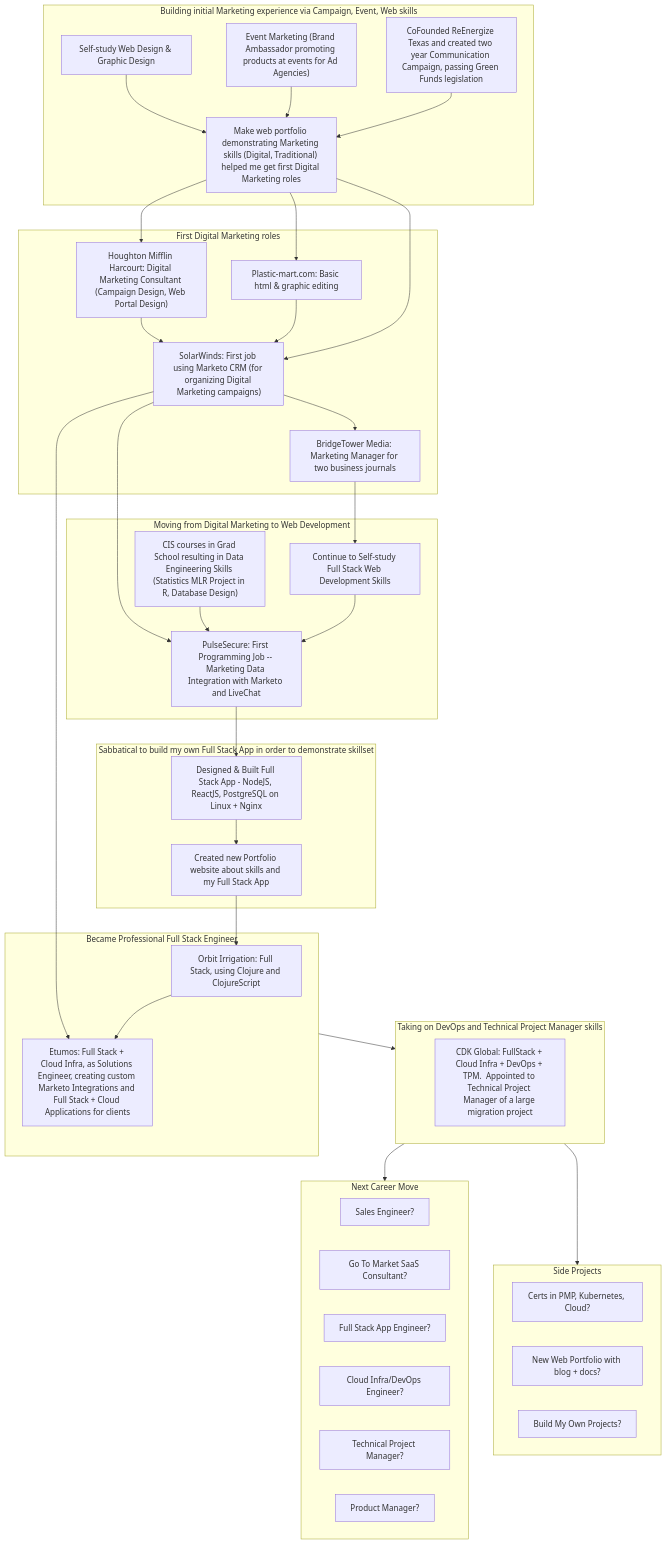
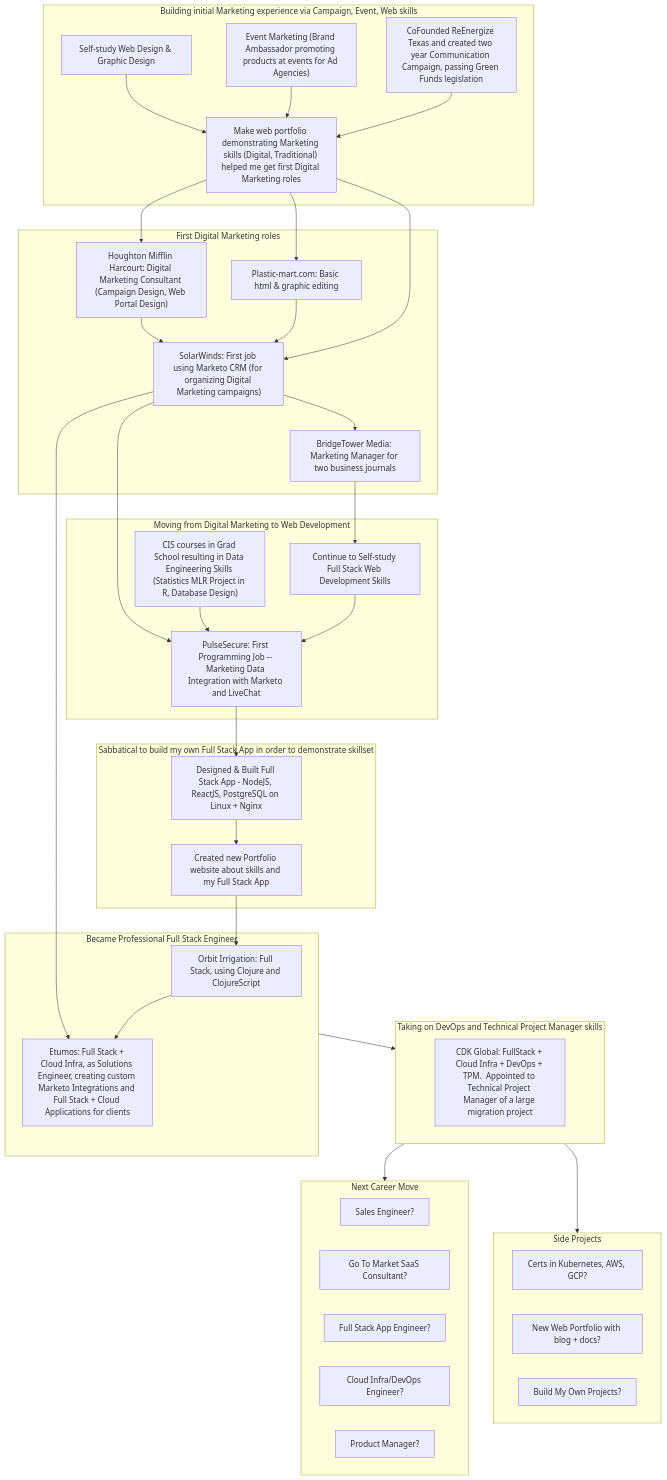
One commit to pmeaney/pmeaney changed the diagram in README.md. Above: the diagram before and after it, drawn with Mermaid.

````diff
--- a/README.md
+++ b/README.md
@@ -80,64 +80,63 @@
 ```mermaid
   graph TD;
       subgraph one[Building initial Marketing experience via Campaign, Event, Web skills]
         A["`CoFounded ReEnergize Texas and created two year Communication Campaign, passing Green Funds legislation`"]-->D;
 
         B["`Event Marketing (Brand Ambassador promoting products at events for Ad Agencies)`"]-->D;
 
         C["`Self-study Web Design & Graphic Design`"]--> D["`Make web portfolio demonstrating Marketing skills (Digital, Traditional) helped me get first Digital Marketing roles`"]
 
       end
 
       D-->DD
       D-->BB
       D-->E
 
       subgraph firstMarketing[First Digital Marketing roles]
         DD["`Plastic-mart.com: Basic html & graphic editing`"]-->E
         BB["`Houghton Mifflin Harcourt: Digital Marketing Consultant (Campaign Design, Web Portal Design)`"]-->E
         E["`SolarWinds: First job using Marketo CRM (for organizing Digital Marketing campaigns)`"]-->F
       end
 
 
       subgraph two[Moving from Digital Marketing to Web Development]
         F["`BridgeTower Media: Marketing Manager for two business journals`"]-->G
         G["`Continue to Self-study Full Stack Web Development Skills`"]-->I
         H["`CIS courses in Grad School resulting in Data Engineering Skills (Statistics MLR Project in R, Database Design)`"]-->I
         I["`PulseSecure: First Programming Job -- Marketing Data Integration with Marketo and LiveChat`"]
       end
 
       subgraph three[Sabbatical to build my own Full Stack App in order to demonstrate skillset]
         I-->J["`Designed & Built Full Stack App - NodeJS, ReactJS, PostgreSQL on Linux + Nginx`"]
         J-->K["`Created new Portfolio website about skills and my Full Stack App`"]
       end
 
       subgraph four[Became Professional Full Stack Engineer]
         L["`Orbit Irrigation: Full Stack, using Clojure and ClojureScript`"]-->M["`Etumos: Full Stack + Cloud Infra, as Solutions Engineer, creating custom Marketo Integrations and Full Stack + Cloud Applications for clients`"]
       end
 
       subgraph five[Taking on DevOps and Technical Project Manager skills]
         N["`CDK Global: FullStack + Cloud Infra + DevOps + TPM.  Appointed to Technical Project Manager of a large migration project`"]
       end
 
       subgraph six[Next Career Move]
         O["`Sales Engineer?`"]
         P["`Go To Market SaaS Consultant?`"]
         Q["`Full Stack App Engineer?`"]
         R["`Cloud Infra/DevOps Engineer?`"]
-        S["`Technical Project Manager?`"]
         T["`Product Manager?`"]
       end
 
       subgraph seven[Side Projects]
-        W["`Certs in PMP, Kubernetes, Cloud?`"]
+        W["`Certs in Kubernetes, AWS, GCP?`"]
         X["`New Web Portfolio with blog + docs?`"]
         Y["`Build My Own Projects?`"]
       end
 
       E-->I
       E-->M
       K-->L
       four-->five
       five-->six
       five-->seven
 ```
````
